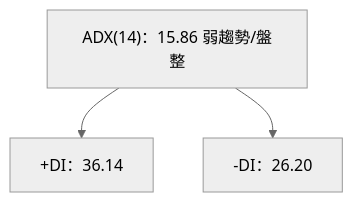
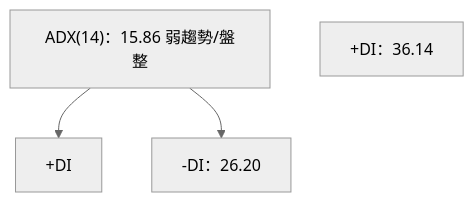
Before and after one commit to yennanliu/finance_data: the third of 10 diagrams in ai_gen_report/stock/2330.tw/technical_analysis_2026-04-08_openai.md, drawn with Mermaid (neutral theme). The commit also changed 2258 other files, not shown here.

First line of the commit message:
chore: backfill Mermaid syntax repair across existing reports

````diff
--- a/ai_gen_report/stock/2330.tw/technical_analysis_2026-04-08_openai.md
+++ b/ai_gen_report/stock/2330.tw/technical_analysis_2026-04-08_openai.md
@@ -135,8 +135,8 @@
 ```mermaid
 graph TD
     ADX["ADX(14)：15.86 弱趨勢/盤整"]
     +DI["+DI：36.14"]
     -DI["-DI：26.20"]
-    ADX --> +DI
+    ADX --> nb1["+DI"]
     ADX --> -DI
 ```
````
